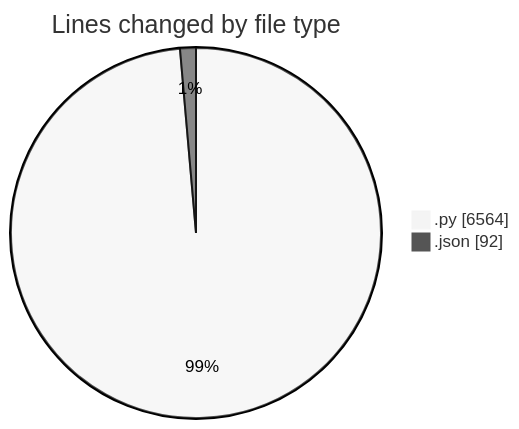
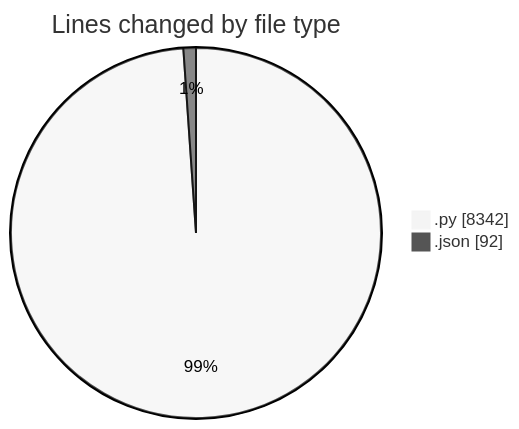
The first of 2 diagrams in 2025-07-13/telebot/README.md (jrari/code-tracking), drawn with Mermaid (neutral theme) before and after one commit. The commit also changed other lines of this file and 1 other file, not shown here.

````diff
--- a/2025-07-13/telebot/README.md
+++ b/2025-07-13/telebot/README.md
@@ -30,6 +33,6 @@
 ```mermaid
 pie showData
 title Lines changed by file type
-".py" : 6564
+".py" : 8342
 ".json" : 92
 ```
````
